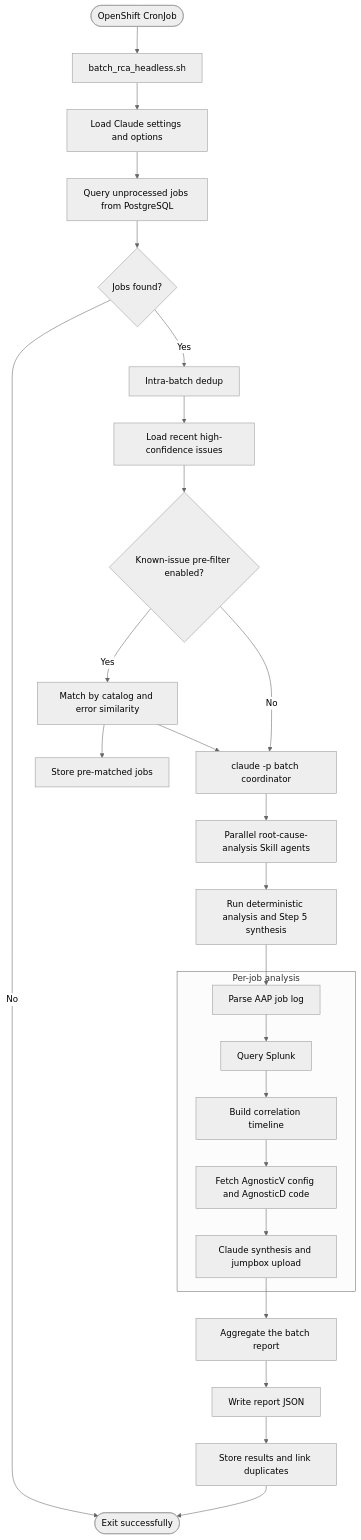
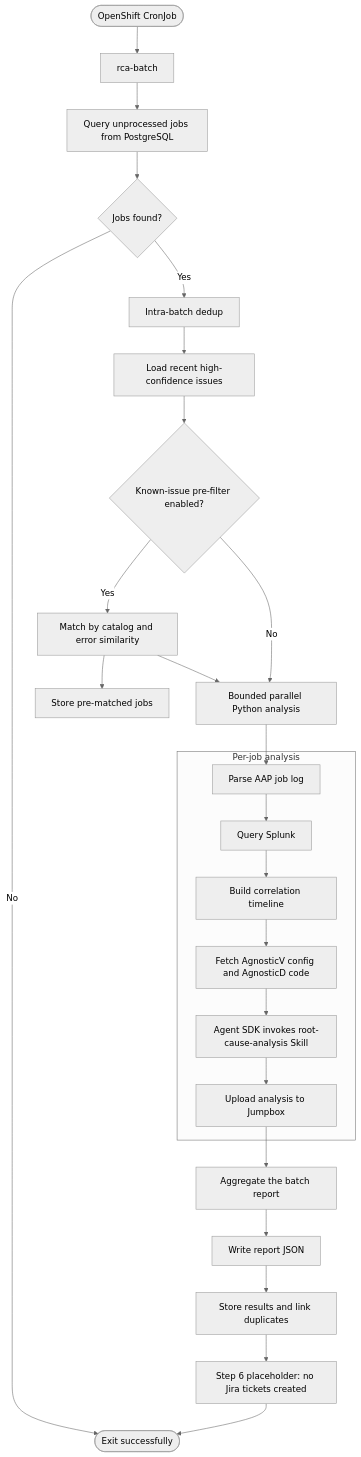
Before and after one commit to Shreyanand/aap2-rca-agent: the diagram in README.md, drawn with Mermaid (neutral theme). The commit also changed other lines of this file and 18 other files, not shown here.

Commit message:
feat: add Python Agent SDK batch orchestrator (#21)

````diff
--- a/README.md
+++ b/README.md
@@ -10,30 +10,29 @@
 ```mermaid
 flowchart TD
-    Start([OpenShift CronJob]) --> Shell[batch_rca_headless.sh]
-    Shell --> Settings[Load Claude settings and options]
-    Settings --> Query[Query unprocessed jobs from PostgreSQL]
+    Start([OpenShift CronJob]) --> Runner[rca-batch]
+    Runner --> Query[Query unprocessed jobs from PostgreSQL]
     Query --> AnyJobs{Jobs found?}
     AnyJobs -- No --> Done([Exit successfully])
     AnyJobs -- Yes --> Dedup[Intra-batch dedup]
     Dedup --> Known[Load recent high-confidence issues]
     Known --> Filter{Known-issue pre-filter enabled?}
     Filter -- Yes --> Prefilter[Match by catalog and error similarity]
-    Filter -- No --> Claude
+    Filter -- No --> Analysis
     Prefilter --> Matched[Store pre-matched jobs]
-    Prefilter --> Claude[claude -p batch coordinator]
-    Claude --> Agents[Parallel root-cause-analysis Skill agents]
-    Agents --> Steps[Run deterministic analysis and Step 5 synthesis]
+    Prefilter --> Analysis[Bounded parallel Python analysis]
     subgraph PerJob[Per-job analysis]
       Parse[Parse AAP job log]
       Splunk[Query Splunk]
       Correlation[Build correlation timeline]
       GitHub[Fetch AgnosticV config and AgnosticD code]
-      Synthesis[Claude synthesis and jumpbox upload]
-      Parse --> Splunk --> Correlation --> GitHub --> Synthesis
+      Synthesis[Agent SDK invokes root-cause-analysis Skill]
+      Upload[Upload analysis to Jumpbox]
+      Parse --> Splunk --> Correlation --> GitHub --> Synthesis --> Upload
     end
-    Steps --> Parse
-    Synthesis --> Aggregate[Aggregate the batch report]
+    Analysis --> Parse
+    Upload --> Aggregate[Aggregate the batch report]
     Aggregate --> Write[Write report JSON]
     Write --> Store[Store results and link duplicates]
-    Store --> Done
+    Store --> Jira[Step 6 placeholder: no Jira tickets created]
+    Jira --> Done
 ```
````
